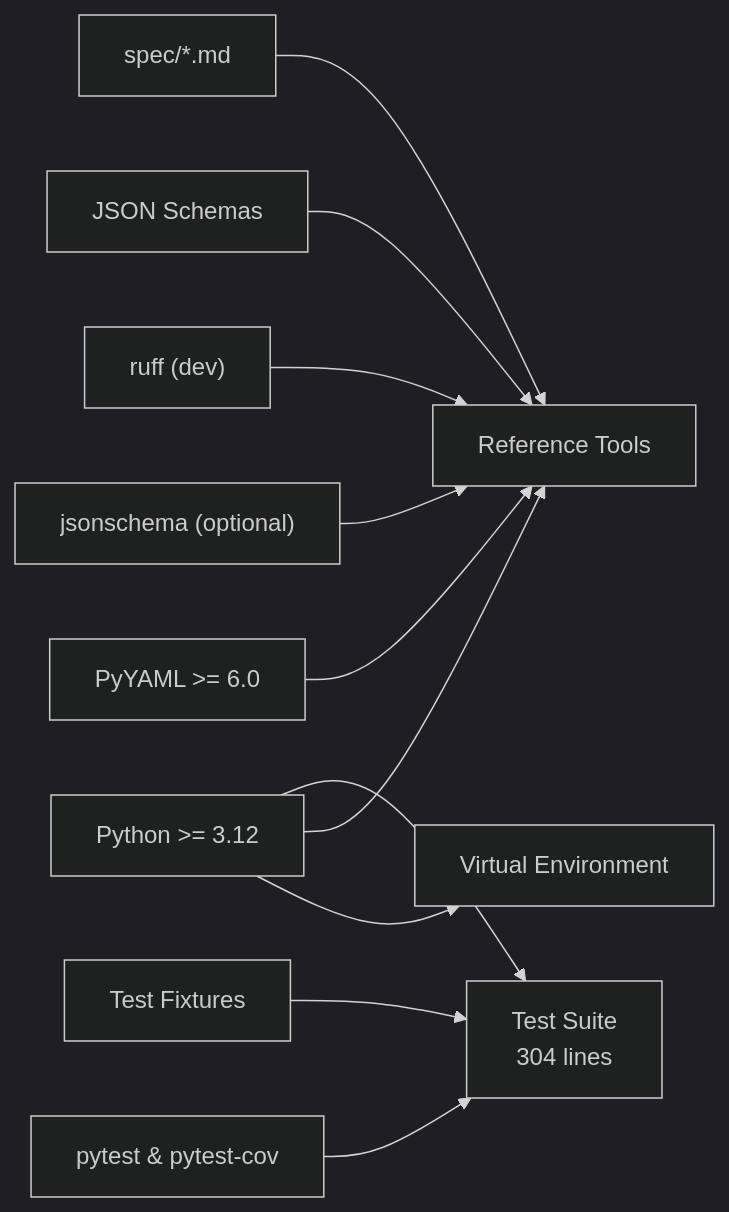
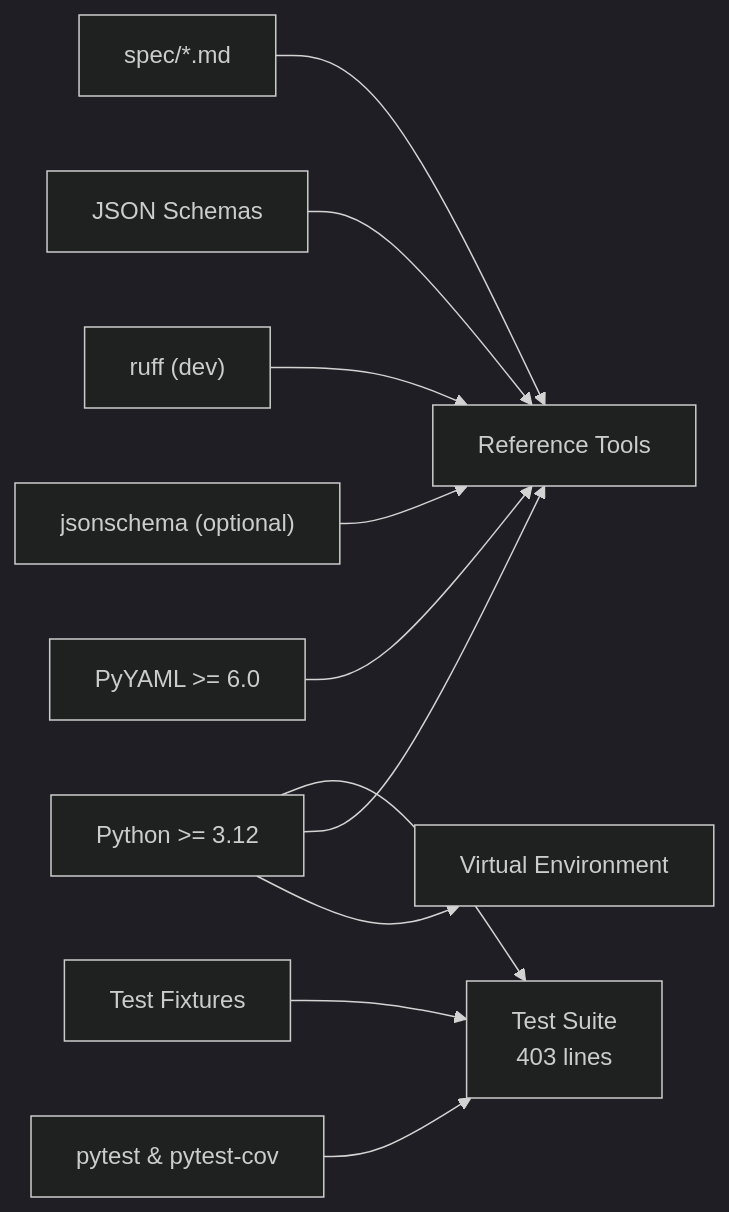
Before and after one commit to asukhodko/opskarta: the sixth of 7 diagrams in .qoder/repowiki/en/content/Development and Contributing.md, drawn with Mermaid (dark theme). The commit also changed other lines of this file and 6 other files, not shown here.

First line of the commit message:
feat(renderer): replace mermaid_gantt with plan2gantt and plan2dag modules

````diff
--- a/.qoder/repowiki/en/content/Development and Contributing.md
+++ b/.qoder/repowiki/en/content/Development and Contributing.md
@@ -399,24 +402,24 @@
 ```mermaid
 graph LR
 py["Python >= 3.12"]
 yaml["PyYAML >= 6.0"]
 js["jsonschema (optional)"]
 pytest["pytest & pytest-cov"]
 ruff["ruff (dev)"]
 tools["Reference Tools"]
 schemas["JSON Schemas"]
 spec_src["spec/*.md"]
 fixtures["Test Fixtures"]
-test_suite["Test Suite<br/>304 lines"]
+test_suite["Test Suite<br/>403 lines"]
 venv["Virtual Environment"]
 py --> venv
 py --> tools
 py --> test_suite
 yaml --> tools
 js --> tools
 pytest --> test_suite
 ruff --> tools
 schemas --> tools
 spec_src --> tools
 fixtures --> test_suite
 ```
````
